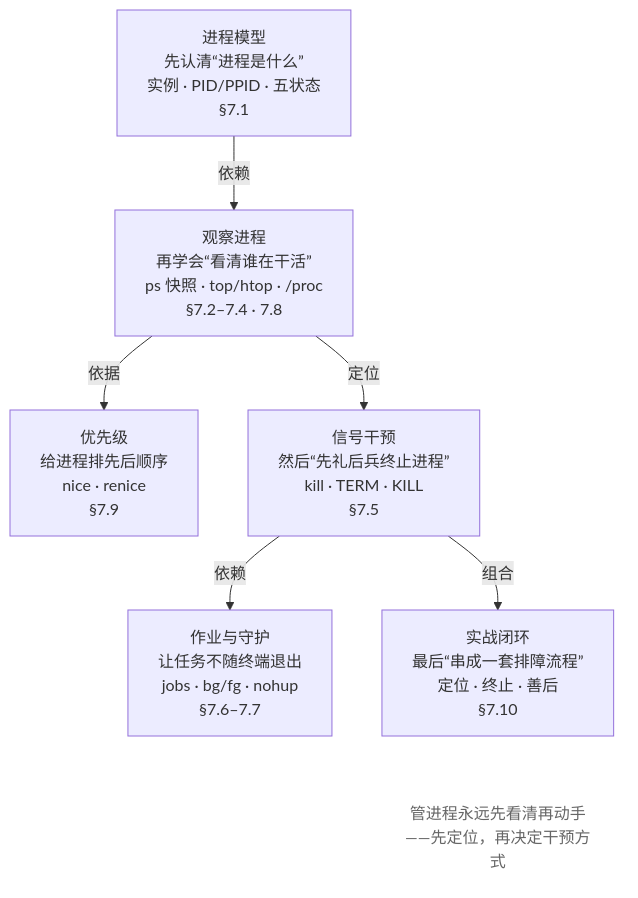
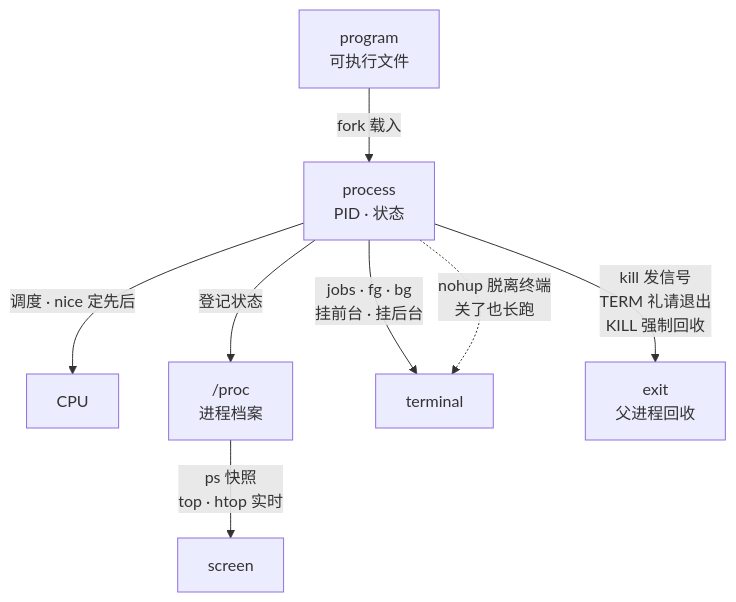
One commit to wangxiangnan/wangxiangnan.github.io changed the first of 3 diagrams in src/linux-command/ch07.md. Above: the diagram before and after it, drawn with Mermaid. The commit also changed other lines of this file and 15 other files, not shown here.

````diff
--- a/src/linux-command/ch07.md
+++ b/src/linux-command/ch07.md
@@ -14,20 +14,17 @@
 ```mermaid
 flowchart TB
-    A["进程模型<br>先认清“进程是什么”<br>实例 · PID/PPID · 五状态<br>§7.1"]
-    B["观察进程<br>再学会“看清谁在干活”<br>ps 快照 · top/htop · /proc<br>§7.2–7.4 · 7.8"]
-    C["优先级<br>给进程排先后顺序<br>nice · renice<br>§7.9"]
-    D["信号干预<br>然后“先礼后兵终止进程”<br>kill · TERM · KILL<br>§7.5"]
-    E["作业与守护<br>让任务不随终端退出<br>jobs · bg/fg · nohup<br>§7.6–7.7"]
-    F["实战闭环<br>最后“串成一套排障流程”<br>定位 · 终止 · 善后<br>§7.10"]
-    NOTE["管进程永远先看清再动手——先定位，再决定干预方式"]
-
-    A -->|依赖| B
-    B -->|依据| C
-    B -->|定位| D
-    D -->|依赖| E
-    D -->|组合| F
-    F ~~~ NOTE
-
-    classDef note fill:none,stroke:none,color:#666
-    class NOTE note
+    E["program<br>可执行文件"]
+    PR["process<br>PID · 状态"]
+    CPU["CPU"]
+    PROC["/proc<br>进程档案"]
+    T["terminal"]
+    EXIT["exit<br>父进程回收"]
+    S["screen"]
+    E -->|"fork 载入"| PR
+    PR -->|"调度 · nice 定先后"| CPU
+    PR -->|"登记状态"| PROC
+    PROC -->|"ps 快照<br>top · htop 实时"| S
+    PR -->|"jobs · fg · bg<br>挂前台 · 挂后台"| T
+    PR -.->|"nohup 脱离终端<br>关了也长跑"| T
+    PR -->|"kill 发信号<br>TERM 礼请退出<br>KILL 强制回收"| EXIT
 ```
````
